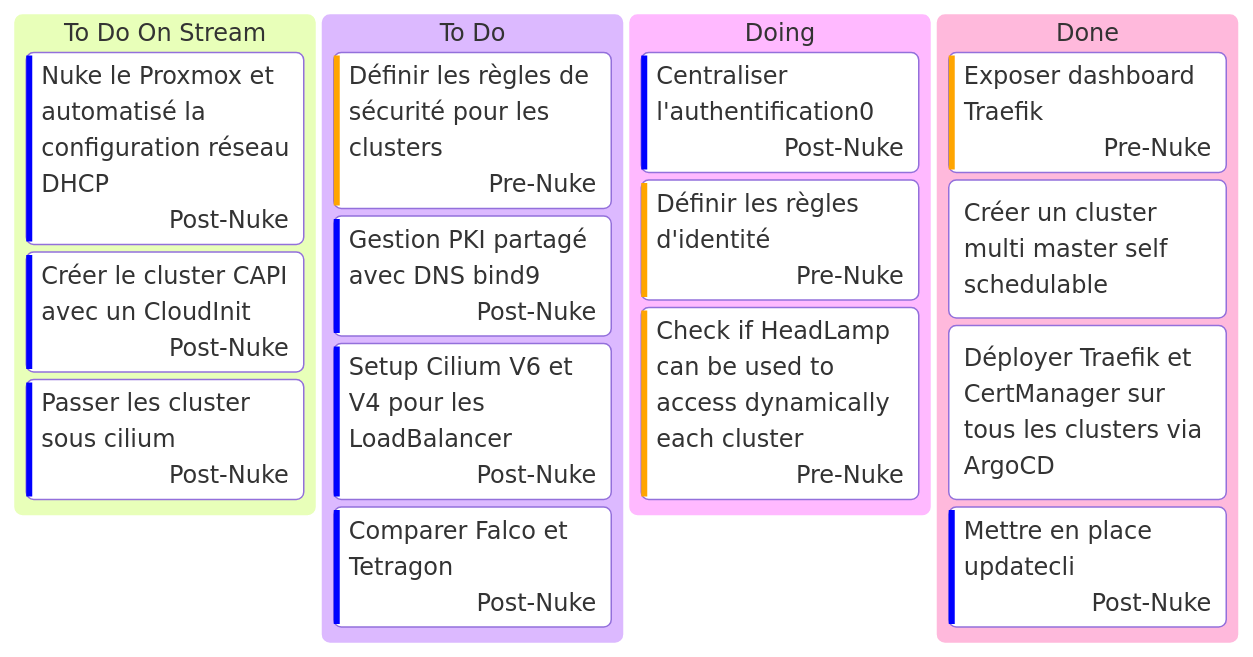
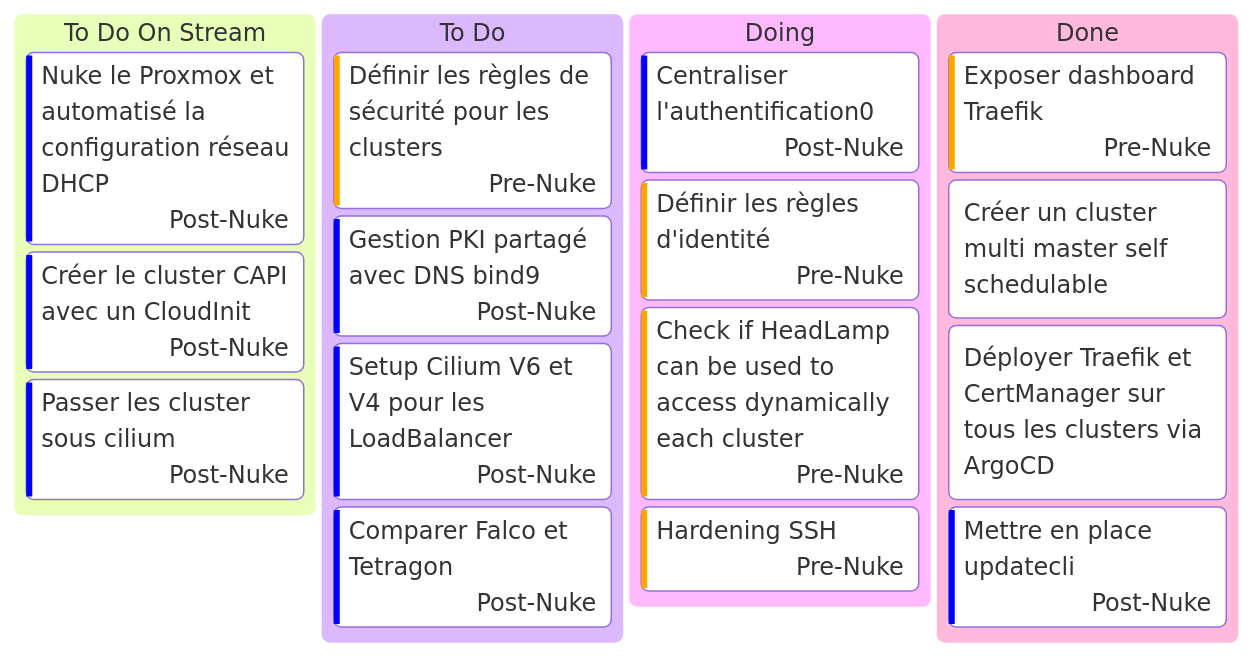
One commit to batleforc/weebo-si changed the diagram in docs/0.introduction/kanban.md. Above: the diagram before and after it, drawn with Mermaid. The commit also changed 1 other file, not shown here.

Commit message:
feat: add hardening ssh

````diff
--- a/docs/0.introduction/kanban.md
+++ b/docs/0.introduction/kanban.md
@@ -3,27 +3,28 @@
 ```mermaid
 ---
 config:
   kanban:
     ticketBaseUrl: 'https://github.com/batleforc/weebo-si/issue/#TICKET#'
 ---
 
 kanban
   todoS[To Do On Stream]
     us4[Nuke le Proxmox et automatisé la configuration réseau DHCP]@{ assigned: Post-Nuke, priority: 'Low'}
     us5[Créer le cluster CAPI avec un CloudInit]@{ assigned: Post-Nuke, priority: 'Low'}
     us6[Passer les cluster sous cilium]@{ assigned: Post-Nuke, priority: 'Low'}
   todo[To Do]
     us3[Définir les règles de sécurité pour les clusters]@{ assigned: Pre-Nuke, priority: 'High'}
     us7[Gestion PKI partagé avec DNS bind9]@{ assigned: Post-Nuke, priority: 'Low'}
     use10[Setup Cilium V6 et V4 pour les LoadBalancer]@{ assigned: Post-Nuke, priority: 'Low'}
     us11[Comparer Falco et Tetragon]@{ assigned: Post-Nuke, priority: 'Low'}
   doing[Doing]
     use12[Centraliser l'authentification0]@{ assigned: Post-Nuke, priority: 'Low'}
     us8[Définir les règles d'identité]@{ assigned: Pre-Nuke, priority: 'High'}
     use8[Check if HeadLamp can be used to access dynamically each cluster]@{ assigned: Pre-Nuke, priority: 'High'}
+    us13[Hardening SSH]@{ assigned: Pre-Nuke, priority: 'High'}
   done[Done]
     us7[Exposer dashboard Traefik]@{ assigned: Pre-Nuke, priority: 'High'}
     us1[Créer un cluster multi master self schedulable]
     us2[Déployer Traefik et CertManager sur tous les clusters via ArgoCD]
     us9[Mettre en place updatecli]@{ assigned: Post-Nuke, priority: 'Low'}
 ```
````
